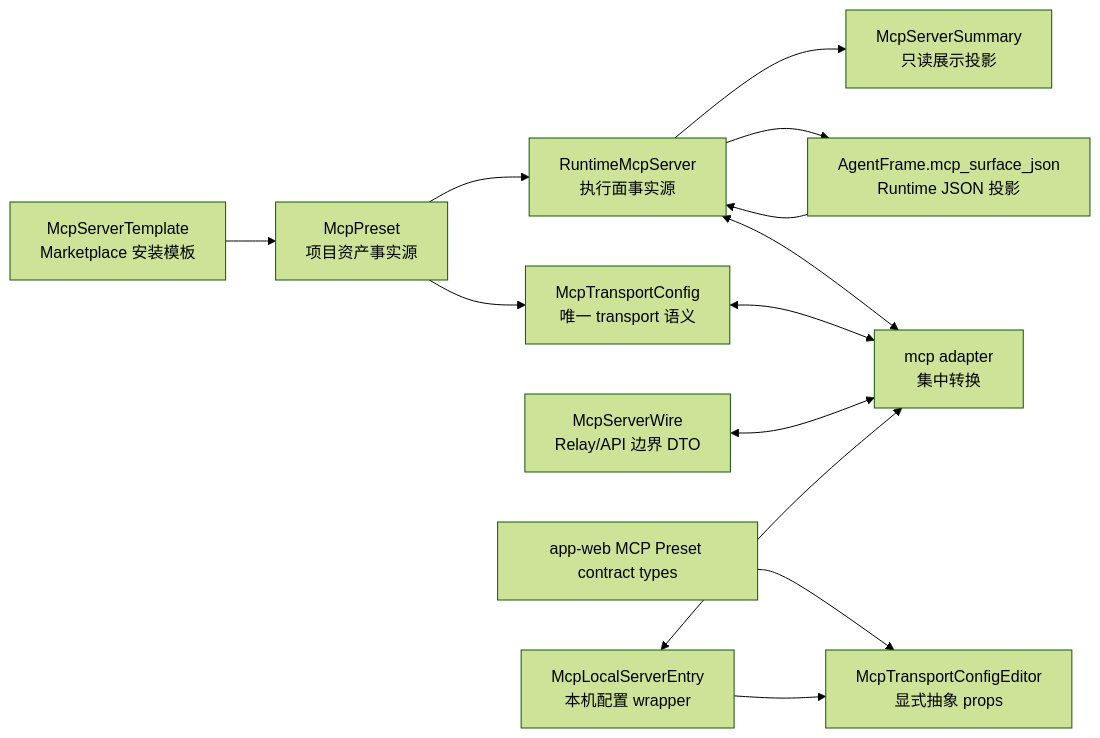
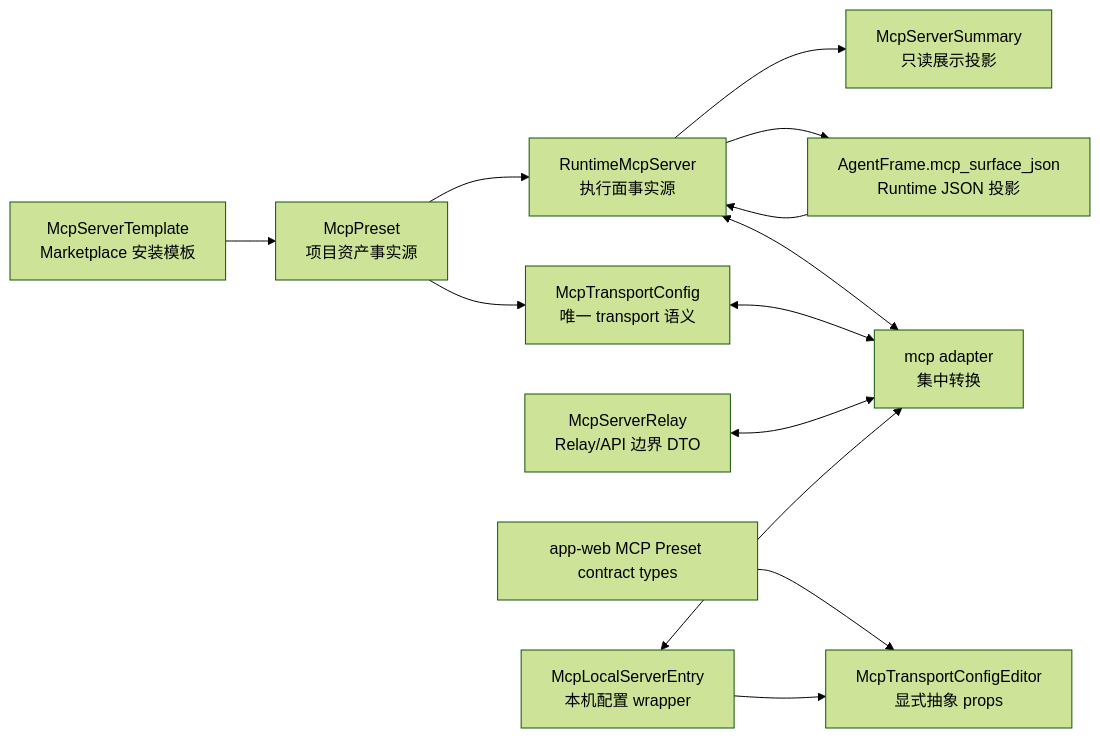
One commit to syan2018/AgentDash changed the second of 2 diagrams in .trellis/tasks/06-14-mcp-concept-model-convergence/design.md. Above: the diagram before and after it, drawn with Mermaid (forest theme). The commit also changed other lines of this file and 72 other files, not shown here.

````diff
--- a/.trellis/tasks/06-14-mcp-concept-model-convergence/design.md
+++ b/.trellis/tasks/06-14-mcp-concept-model-convergence/design.md
@@ -49,30 +42,30 @@
 ```mermaid
 flowchart LR
   Transport["McpTransportConfig<br/>唯一 transport 语义"]
   Preset["McpPreset<br/>项目资产事实源"]
   Runtime["RuntimeMcpServer<br/>执行面事实源"]
-  Wire["McpServerWire<br/>Relay/API 边界 DTO"]
+  Wire["McpServerRelay<br/>Relay/API 边界 DTO"]
   Summary["McpServerSummary<br/>只读展示投影"]
   Template["McpServerTemplate<br/>Marketplace 安装模板"]
   Adapter["mcp adapter<br/>集中转换"]
   Frame["AgentFrame.mcp_surface_json<br/>Runtime JSON 投影"]
   FrontendPreset["app-web MCP Preset contract types"]
   LocalConfig["McpLocalServerEntry<br/>本机配置 wrapper"]
   Editor["McpTransportConfigEditor<br/>显式抽象 props"]
 
   Preset --> Transport
   Preset --> Runtime
   Runtime --> Frame
   Frame --> Runtime
 
   Runtime <--> Adapter
   Transport <--> Adapter
   Wire <--> Adapter
   LocalConfig <--> Adapter
 
   Runtime --> Summary
   Template --> Preset
 
   FrontendPreset --> Editor
   LocalConfig --> Editor
 ```
````
